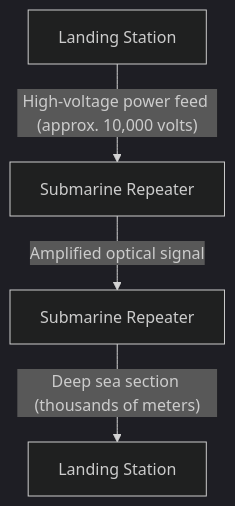
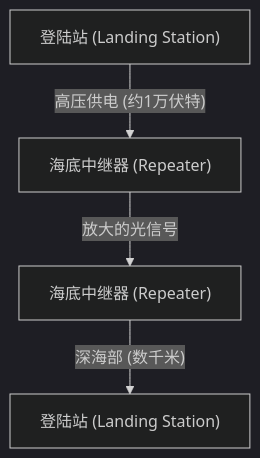
Before and after one commit to kenjinote/blog: the fifth of 18 diagrams in content/post/how-the-internet-works-comprehensive-guide/index.zh-cn.md, drawn with Mermaid (dark theme). The commit also changed other lines of this file, not shown here.

````diff
--- a/content/post/how-the-internet-works-comprehensive-guide/index.zh-cn.md
+++ b/content/post/how-the-internet-works-comprehensive-guide/index.zh-cn.md
@@ -167,6 +215,6 @@
 ```mermaid
 graph TD
-    A["Landing Station"] -- "High-voltage power feed (approx. 10,000 volts)" --> B["Submarine Repeater"]
-    B -- "Amplified optical signal" --> C["Submarine Repeater"]
-    C -- "Deep sea section (thousands of meters)" --> D["Landing Station"]
+    A["登陆站 (Landing Station)"] -- "高压供电 (约1万伏特)" --> B["海底中继器 (Repeater)"]
+    B -- "放大的光信号" --> C["海底中继器 (Repeater)"]
+    C -- "深海部 (数千米)" --> D["登陆站 (Landing Station)"]
 ```
````
